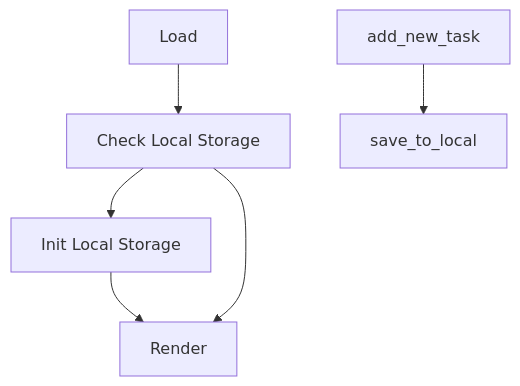
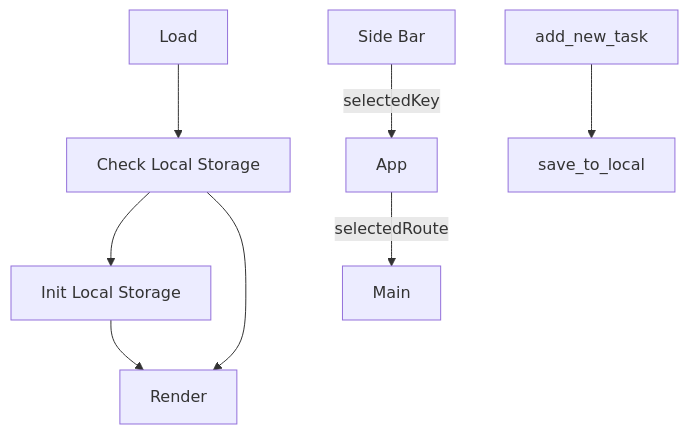
Before and after one commit to MattisZheng/sisyphus_stone: the first of 3 diagrams in README.md, drawn with Mermaid. The commit also changed other lines of this file and 6 other files, not shown here.

````diff
--- a/README.md
+++ b/README.md
@@ -28,15 +28,19 @@
 ```mermaid
 flowchart TD
 
   load[Load]
   get[Check Local Storage]
   init[Init Local Storage]
   render[Render]
 
   load --> get --> init --> render
   get --> render
 
+  sidebar[Side Bar]
+  main[Main]
+  app[App]
+  sidebar -->|selectedKey| app -->|selectedRoute| main
 
   add_new_task --> save_to_local
 
 ```
````
